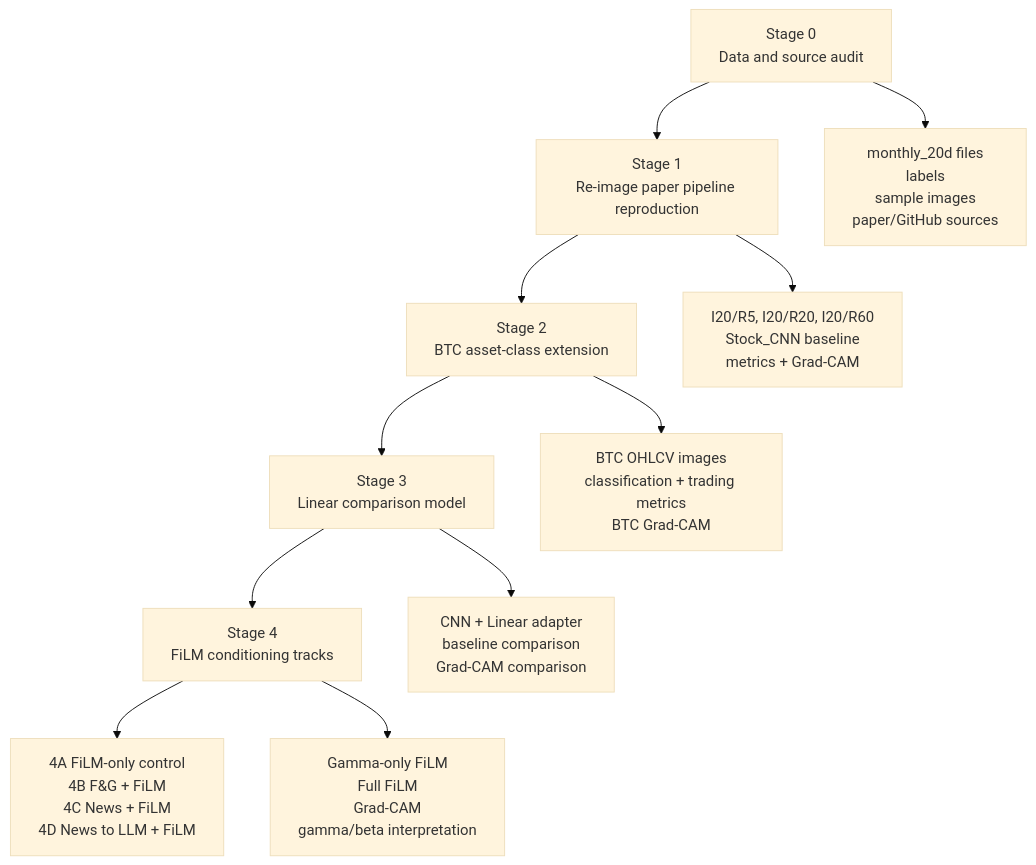
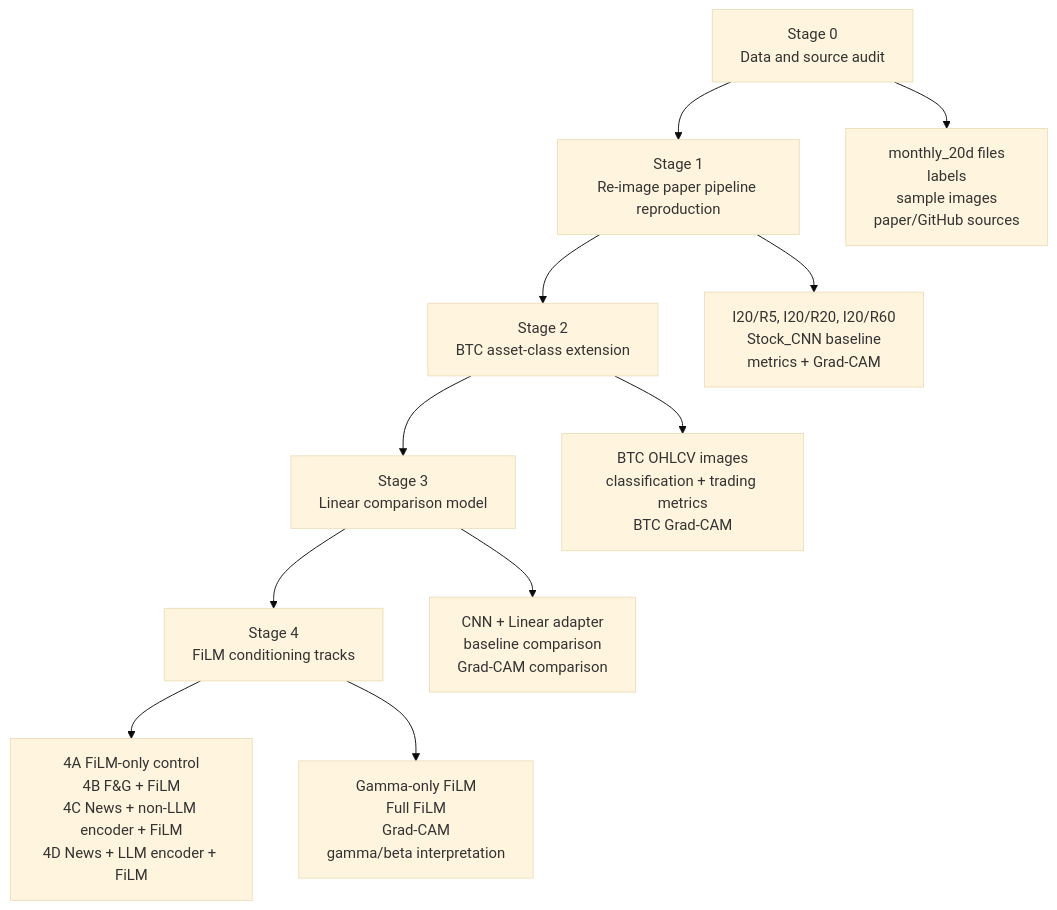
One commit to Jaehyeon-Jeong/Thesis changed the first of 2 diagrams in docs/overall_pipeline_diagram.md. Above: the diagram before and after it, drawn with Mermaid (base theme). The commit also changed other lines of this file and 8 other files, not shown here.

````diff
--- a/docs/overall_pipeline_diagram.md
+++ b/docs/overall_pipeline_diagram.md
@@ -5,14 +5,14 @@
 ```mermaid
 flowchart TD
     A[Stage 0<br/>Data and source audit] --> B[Stage 1<br/>Re-image paper pipeline reproduction]
     B --> C[Stage 2<br/>BTC asset-class extension]
     C --> D[Stage 3<br/>Linear comparison model]
     D --> E[Stage 4<br/>FiLM conditioning tracks]
 
     A --> A1[monthly_20d files<br/>labels<br/>sample images<br/>paper/GitHub sources]
     B --> B1[I20/R5, I20/R20, I20/R60<br/>Stock_CNN baseline<br/>metrics + Grad-CAM]
     C --> C1[BTC OHLCV images<br/>classification + trading metrics<br/>BTC Grad-CAM]
     D --> D1[CNN + Linear adapter<br/>baseline comparison<br/>Grad-CAM comparison]
-    E --> E1[4A FiLM-only control<br/>4B F&G + FiLM<br/>4C News + FiLM<br/>4D News to LLM + FiLM]
+    E --> E1[4A FiLM-only control<br/>4B F&G + FiLM<br/>4C News + non-LLM encoder + FiLM<br/>4D News + LLM encoder + FiLM]
     E --> E2[Gamma-only FiLM<br/>Full FiLM<br/>Grad-CAM<br/>gamma/beta interpretation]
 ```
````
